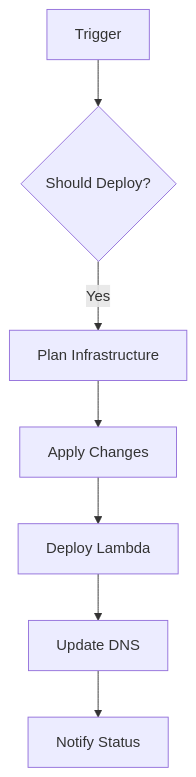
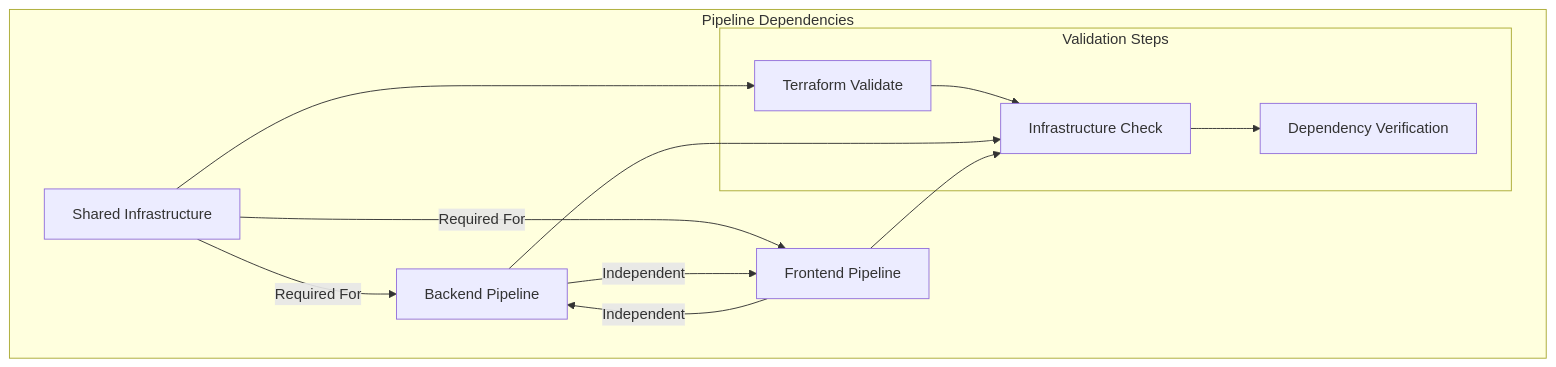
One commit to djm81/ai-wizard changed the fourth of 6 diagrams in docs/development/codebase_summary.md. Above: the diagram before and after it, drawn with Mermaid. The commit also changed other lines of this file and 18 other files, not shown here.

````diff
--- a/docs/development/codebase_summary.md
+++ b/docs/development/codebase_summary.md
@@ -126,9 +118,22 @@
 ```mermaid
 graph TB
-    A[Trigger] --> B{Should Deploy?}
-    B -->|Yes| C[Plan Infrastructure]
-    C --> D[Apply Changes]
-    D --> E[Deploy Lambda]
-    E --> F[Update DNS]
-    F --> G[Notify Status]
+    subgraph "Pipeline Dependencies"
+        S1[Shared Infrastructure] --> |Required For| B1[Backend Pipeline]
+        S1 --> |Required For| F1[Frontend Pipeline]
+        
+        B1 --> |Independent| F1
+        F1 --> |Independent| B1
+        
+        subgraph "Validation Steps"
+            V1[Terraform Validate]
+            V2[Infrastructure Check]
+            V3[Dependency Verification]
+            V1 --> V2
+            V2 --> V3
+        end
+        
+        S1 --> V1
+        B1 --> V2
+        F1 --> V2
+    end
 ```
````
